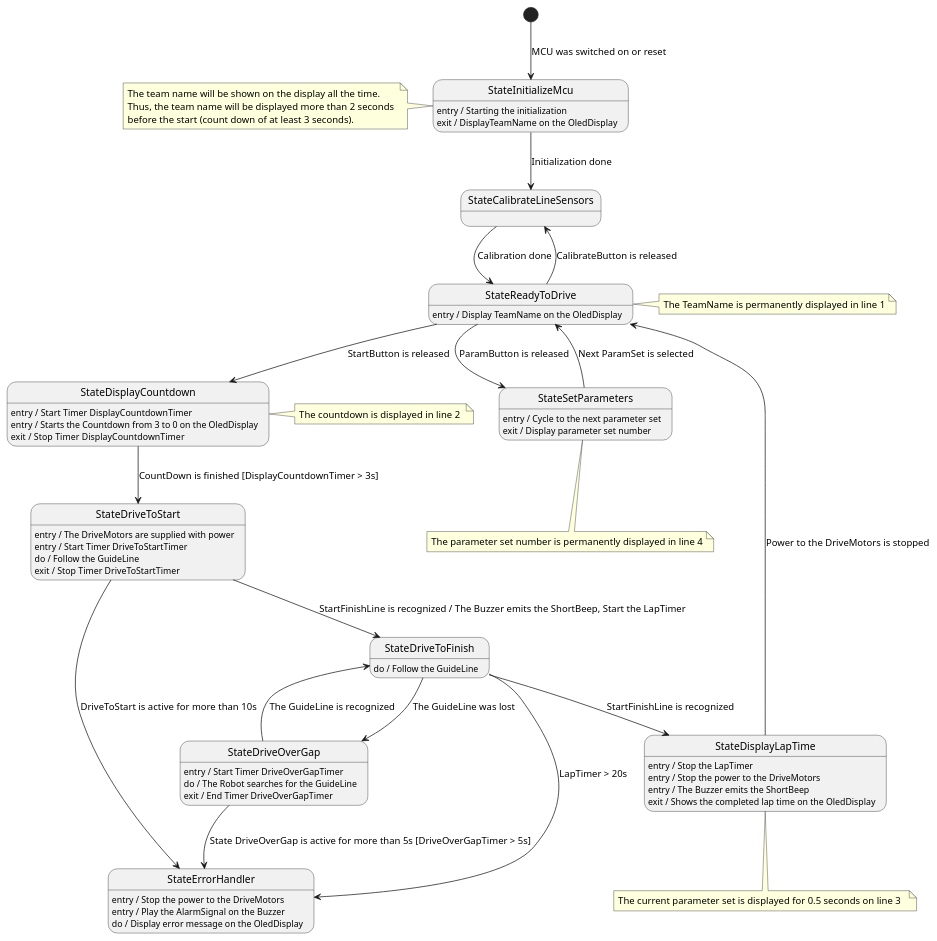
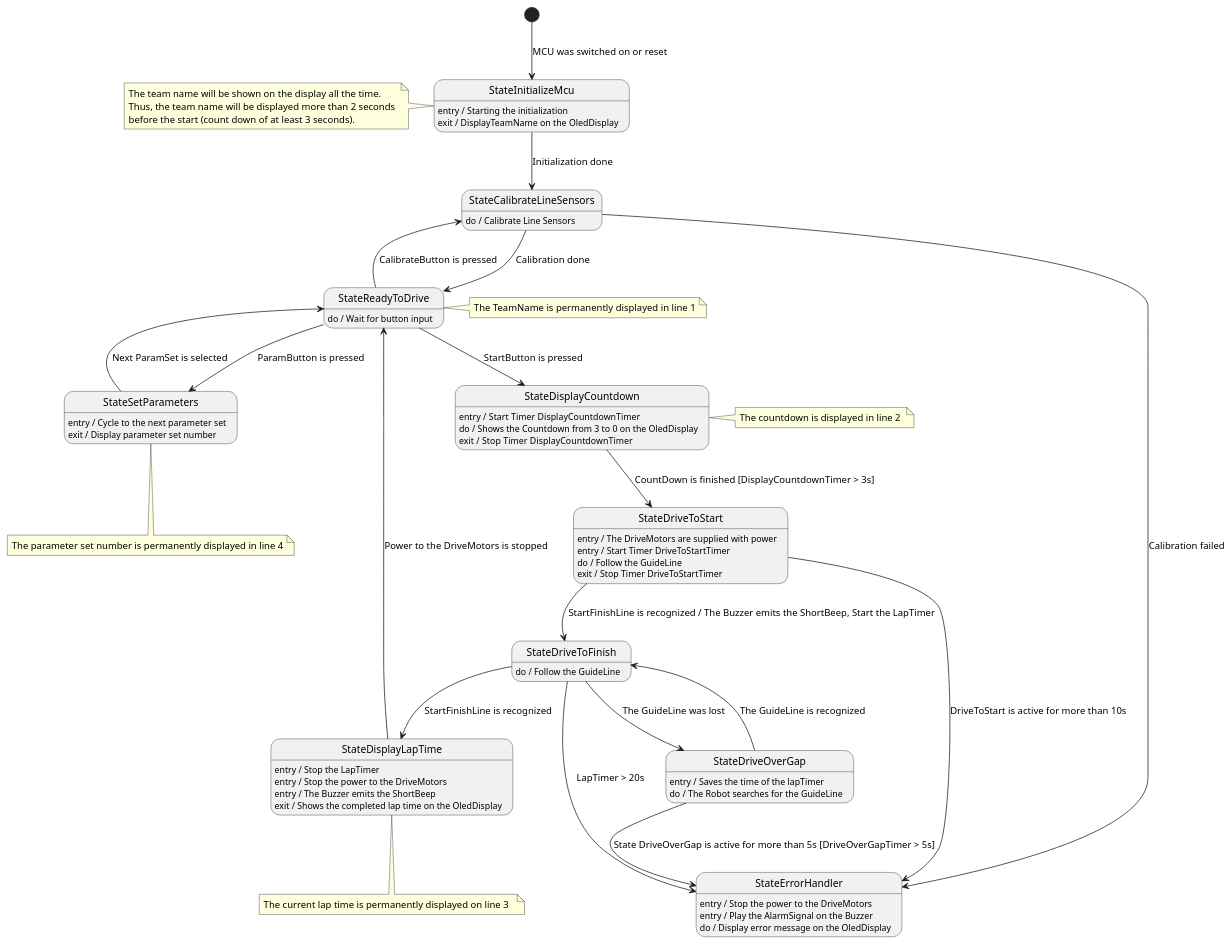
One commit to Manumals/Software_Engineering_fuer_Embedded_Systems changed the diagram in Pa2.2/Durchführung/Diagrams/StateDiagram.puml. Above: the diagram before and after it, drawn with PlantUML.

Commit message:
Update for Statediagramm

```diff
--- a/Pa2.2/Durchführung/Diagrams/StateDiagram.puml
+++ b/Pa2.2/Durchführung/Diagrams/StateDiagram.puml
@@ -1,79 +1,80 @@
 @startuml
 
 'StateInitializeMcu'
 [*] --> StateInitializeMcu : MCU was switched on or reset
 StateInitializeMcu --> StateCalibrateLineSensors : Initialization done
 StateInitializeMcu : entry / Starting the initialization
 StateInitializeMcu : exit / DisplayTeamName on the OledDisplay
 note left of StateInitializeMcu
     The team name will be shown on the display all the time. 
     Thus, the team name will be displayed more than 2 seconds 
     before the start (count down of at least 3 seconds).
 end note
 
 'StateCalibrateLineSensors'
 StateCalibrateLineSensors --> StateReadyToDrive : Calibration done
+StateCalibrateLineSensors : do / Calibrate Line Sensors
+StateCalibrateLineSensors --> StateErrorHandler : Calibration failed
 
 'StateReadyToDrive'
-StateReadyToDrive --> StateSetParameters :ParamButton is released
-StateReadyToDrive --> StateDisplayCountdown : StartButton is released
-StateReadyToDrive --> StateCalibrateLineSensors : CalibrateButton is released
-StateReadyToDrive : entry / Display TeamName on the OledDisplay
+StateReadyToDrive --> StateSetParameters :ParamButton is pressed
+StateReadyToDrive --> StateDisplayCountdown : StartButton is pressed
+StateReadyToDrive --> StateCalibrateLineSensors : CalibrateButton is pressed
+StateReadyToDrive : do / Wait for button input
 note right of StateReadyToDrive
 The TeamName is permanently displayed in line 1
 end note
 
 'StateDisplayCountdown'
 StateDisplayCountdown --> StateDriveToStart : CountDown is finished [DisplayCountdownTimer > 3s]
 StateDisplayCountdown: entry /  Start Timer DisplayCountdownTimer
-StateDisplayCountdown: entry / Starts the Countdown from 3 to 0 on the OledDisplay
+StateDisplayCountdown: do / Shows the Countdown from 3 to 0 on the OledDisplay
 StateDisplayCountdown: exit /  Stop Timer DisplayCountdownTimer
 note right of StateDisplayCountdown
 The countdown is displayed in line 2 
 end note
 
 'StateDriveToStart'
 StateDriveToStart --> StateDriveToFinish : StartFinishLine is recognized / The Buzzer emits the ShortBeep, Start the LapTimer 
 StateDriveToStart --> StateErrorHandler : DriveToStart is active for more than 10s
 StateDriveToStart: entry / The DriveMotors are supplied with power 
 StateDriveToStart: entry / Start Timer DriveToStartTimer
 StateDriveToStart: do / Follow the GuideLine 
 StateDriveToStart: exit / Stop Timer DriveToStartTimer
 
 'StateDriveToFinish'
 StateDriveToFinish --> StateErrorHandler : LapTimer > 20s
 StateDriveToFinish --> StateDriveOverGap : The GuideLine was lost
 StateDriveToFinish --> StateDisplayLapTime : StartFinishLine is recognized
 StateDriveToFinish : do / Follow the GuideLine 
 
 'StateDriveOverGap'
 StateDriveOverGap --> StateErrorHandler : State DriveOverGap is active for more than 5s [DriveOverGapTimer > 5s]
 StateDriveOverGap  --> StateDriveToFinish : The GuideLine is recognized
-StateDriveOverGap: entry / Start Timer DriveOverGapTimer
+StateDriveOverGap: entry / Saves the time of the lapTimer
 StateDriveOverGap : do / The Robot searches for the GuideLine
-StateDriveOverGap: exit / End Timer DriveOverGapTimer
 
 'StateDisplayLapTime
 StateDisplayLapTime  --> StateReadyToDrive : Power to the DriveMotors is stopped
 StateDisplayLapTime : entry / Stop the LapTimer
 StateDisplayLapTime : entry / Stop the power to the DriveMotors
 StateDisplayLapTime : entry / The Buzzer emits the ShortBeep
 StateDisplayLapTime : exit / Shows the completed lap time on the OledDisplay
 note bottom of StateDisplayLapTime
-The current parameter set is displayed for 0.5 seconds on line 3  
+The current lap time is permanently displayed on line 3  
 end note
 
 'StateSetParameters
 StateSetParameters --> StateReadyToDrive : Next ParamSet is selected
 StateSetParameters: entry / Cycle to the next parameter set
 StateSetParameters: exit / Display parameter set number
 note bottom of StateSetParameters
 The parameter set number is permanently displayed in line 4
 end note
 
 'StateErrorHandler
 StateErrorHandler: entry / Stop the power to the DriveMotors
 StateErrorHandler: entry / Play the AlarmSignal on the Buzzer
 StateErrorHandler: do / Display error message on the OledDisplay
 
 @enduml
```
